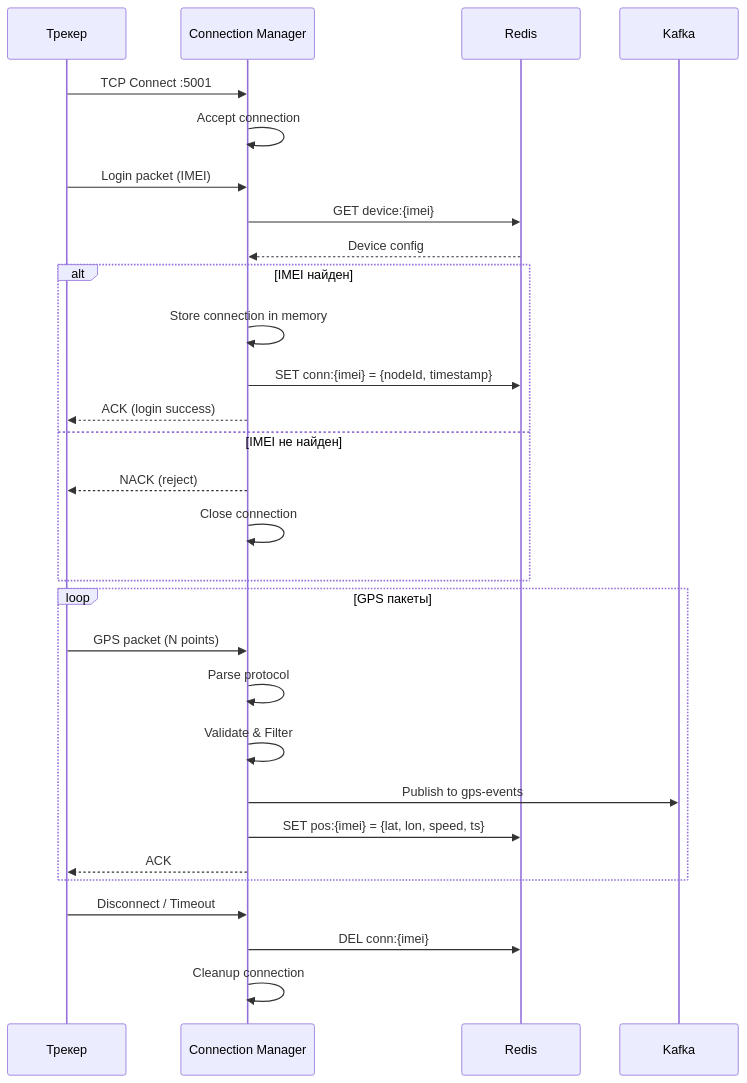
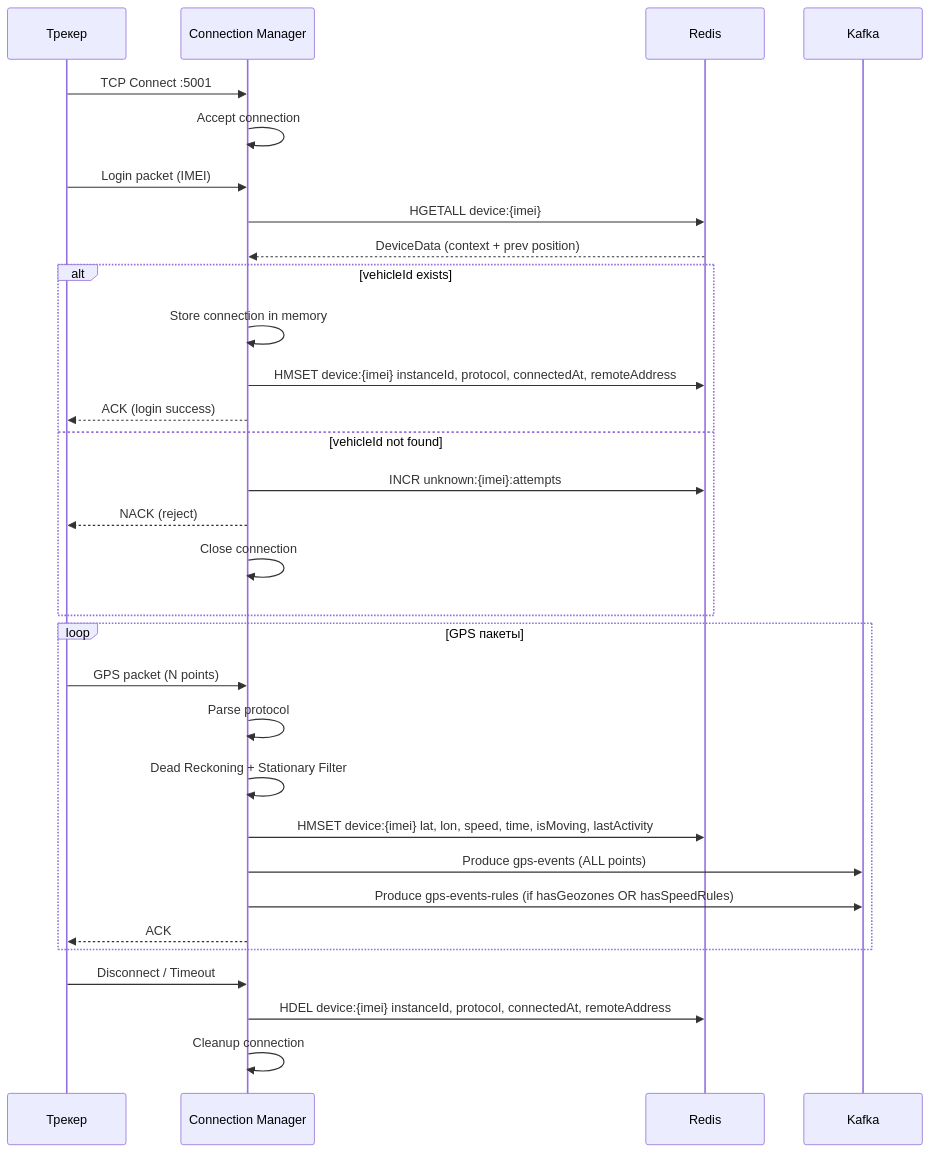
The third of 9 diagrams in docs/ARCHITECTURE_BLOCK1.md (dimasjanee11/wayrecall-tracker-system), drawn with Mermaid before and after one commit. The commit also changed other lines of this file and 7 other files, not shown here.

First line of the commit message:
feat: добавлен DLQ топик gps-events-unverified для непроверенных GPS точек

````diff
--- a/docs/ARCHITECTURE_BLOCK1.md
+++ b/docs/ARCHITECTURE_BLOCK1.md
@@ -196,36 +196,38 @@
 ```mermaid
 sequenceDiagram
     participant T as Трекер
     participant CM as Connection Manager
     participant R as Redis
     participant K as Kafka
 
     T->>CM: TCP Connect :5001
     CM->>CM: Accept connection
     
     T->>CM: Login packet (IMEI)
-    CM->>R: GET device:{imei}
-    R-->>CM: Device config
+    CM->>R: HGETALL device:{imei}
+    R-->>CM: DeviceData (context + prev position)
     
-    alt IMEI найден
+    alt vehicleId exists
         CM->>CM: Store connection in memory
-        CM->>R: SET conn:{imei} = {nodeId, timestamp}
+        CM->>R: HMSET device:{imei} instanceId, protocol, connectedAt, remoteAddress
         CM-->>T: ACK (login success)
-    else IMEI не найден
+    else vehicleId not found
+        CM->>R: INCR unknown:{imei}:attempts
         CM-->>T: NACK (reject)
         CM->>CM: Close connection
     end
 
     loop GPS пакеты
         T->>CM: GPS packet (N points)
         CM->>CM: Parse protocol
-        CM->>CM: Validate & Filter
-        CM->>K: Publish to gps-events
-        CM->>R: SET pos:{imei} = {lat, lon, speed, ts}
+        CM->>CM: Dead Reckoning + Stationary Filter
+        CM->>R: HMSET device:{imei} lat, lon, speed, time, isMoving, lastActivity
+        CM->>K: Produce gps-events (ALL points)
+        CM->>K: Produce gps-events-rules (if hasGeozones OR hasSpeedRules)
         CM-->>T: ACK
     end
 
     T->>CM: Disconnect / Timeout
-    CM->>R: DEL conn:{imei}
+    CM->>R: HDEL device:{imei} instanceId, protocol, connectedAt, remoteAddress
     CM->>CM: Cleanup connection
 ```
````
